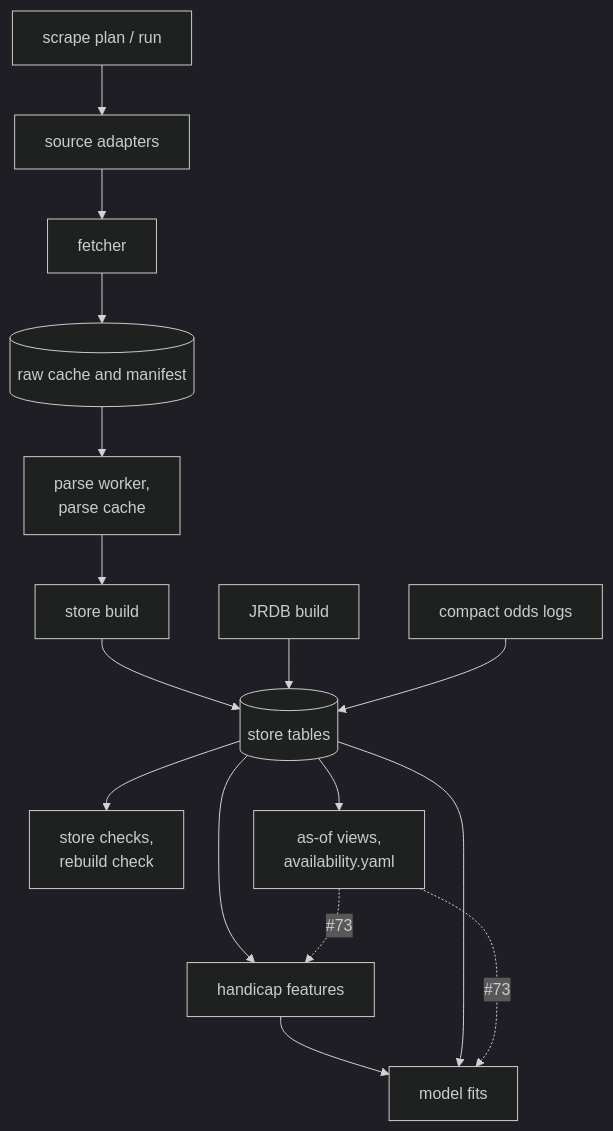
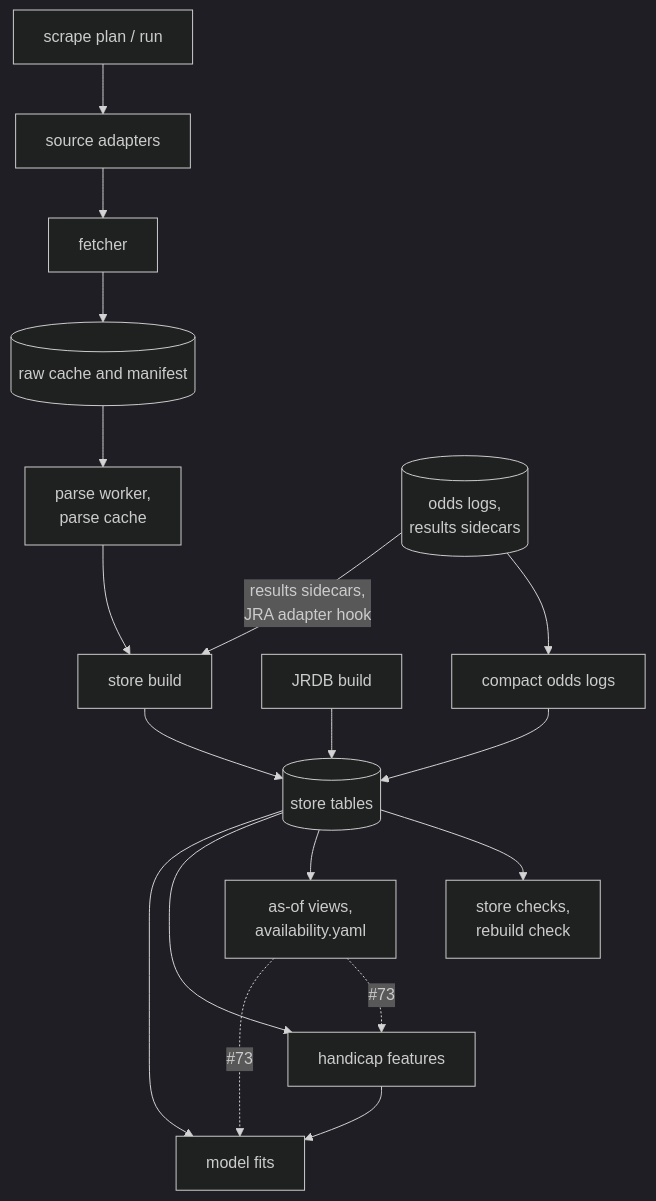
The fifth of 7 diagrams in docs/architecture.md (rjeskuri/HorseTrackBetting), drawn with Mermaid (dark theme) before and after one commit. The commit also changed other lines of this file, not shown here.

First line of the commit message:
Draw the odds-log readers in the architecture (#298)

````diff
--- a/docs/architecture.md
+++ b/docs/architecture.md
@@ -221,26 +224,29 @@
 ```mermaid
 flowchart TD
   scrape["scrape plan / run"]
   adap["source adapters"]
   fet["fetcher"]
   raw[("raw cache and manifest")]
   pw["parse worker,<br>parse cache"]
   build["store build"]
   jrdbb["JRDB build"]
   comp["compact odds logs"]
   tables[("store tables")]
   checks["store checks,<br>rebuild check"]
   asof["as-of views,<br>availability.yaml"]
   feat["handicap features"]
   fits["model fits"]
+  olog[("odds logs,<br>results sidecars")]
   scrape --> adap --> fet --> raw
+  olog --> comp
+  olog -->|"results sidecars,<br>JRA adapter hook"| build
   raw --> pw --> build --> tables
   jrdbb --> tables
   comp --> tables
   tables --> checks
   tables --> asof
   tables --> feat --> fits
   tables --> fits
   asof -.->|"#73"| feat
   asof -.->|"#73"| fits
 ```
````
